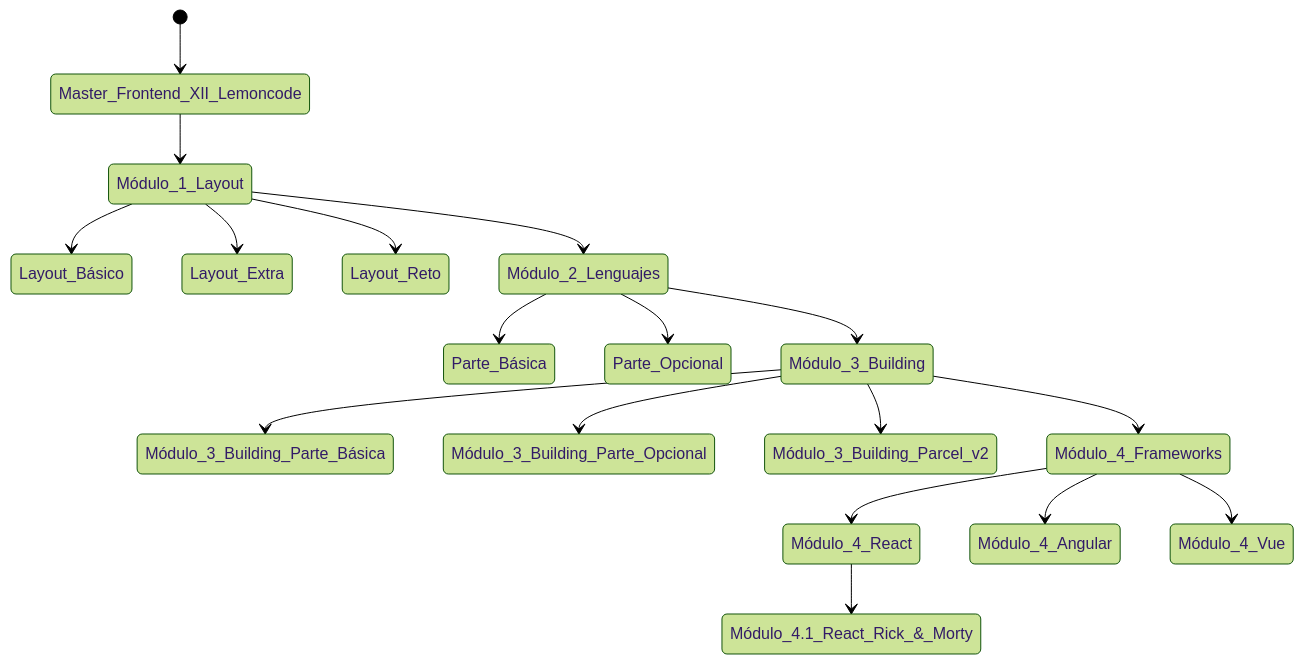
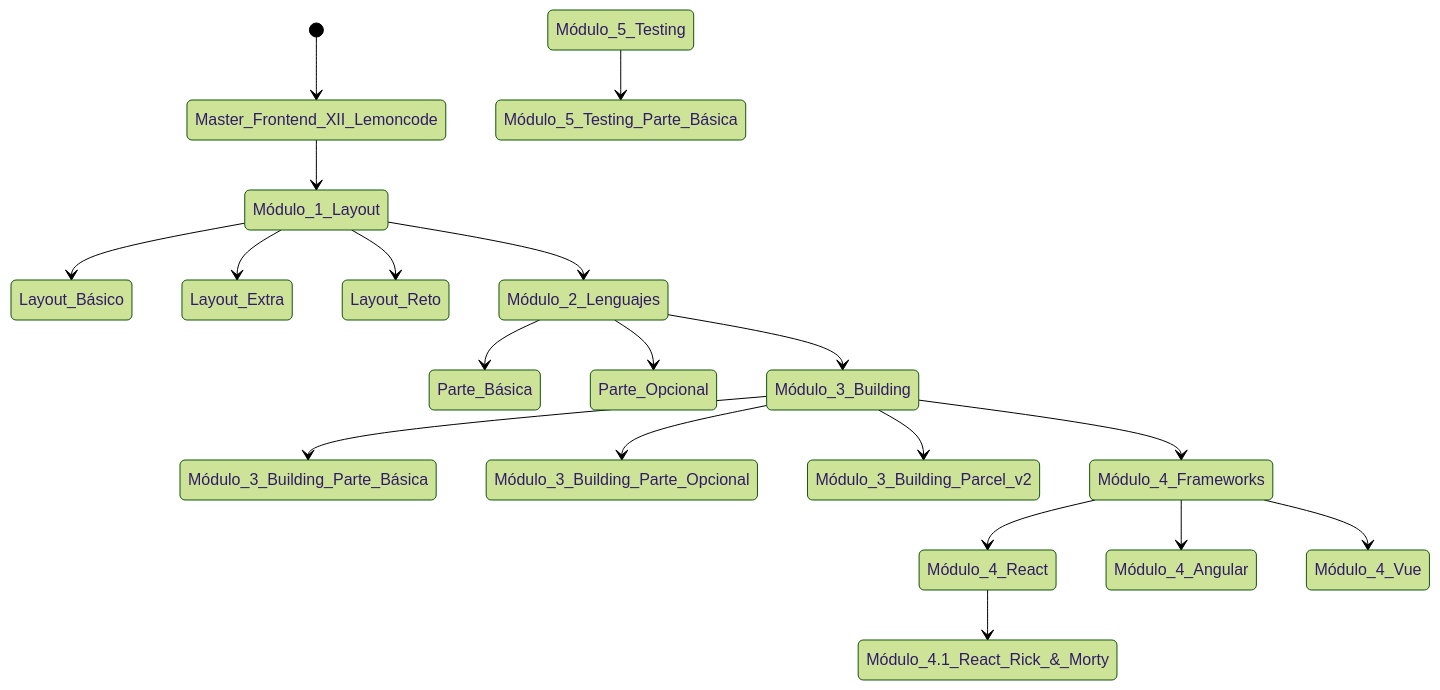
The diagram in README.md (MiguelJiRo/Master-Frontend-XII-Lemoncode), drawn with Mermaid (forest theme) before and after one commit. The commit also changed other lines of this file, not shown here.

````diff
--- a/README.md
+++ b/README.md
@@ -24,20 +27,21 @@
  ```mermaid
     stateDiagram
         [*] --> Master_Frontend_XII_Lemoncode
         Master_Frontend_XII_Lemoncode --> Módulo_1_Layout
         Módulo_1_Layout --> Layout_Básico 
         Módulo_1_Layout --> Layout_Extra  
         Módulo_1_Layout --> Layout_Reto  
         Módulo_1_Layout --> Módulo_2_Lenguajes
         Módulo_2_Lenguajes --> Parte_Básica 
         Módulo_2_Lenguajes --> Parte_Opcional 
         Módulo_2_Lenguajes --> Módulo_3_Building
         Módulo_3_Building --> Módulo_3_Building_Parte_Básica
         Módulo_3_Building --> Módulo_3_Building_Parte_Opcional
         Módulo_3_Building --> Módulo_3_Building_Parcel_v2
         Módulo_3_Building --> Módulo_4_Frameworks
         Módulo_4_Frameworks --> Módulo_4_React
         Módulo_4_Frameworks --> Módulo_4_Angular
         Módulo_4_Frameworks --> Módulo_4_Vue
         Módulo_4_React --> Módulo_4.1_React_Rick_&_Morty
+        Módulo_5_Testing --> Módulo_5_Testing_Parte_Básica
  ```
````
